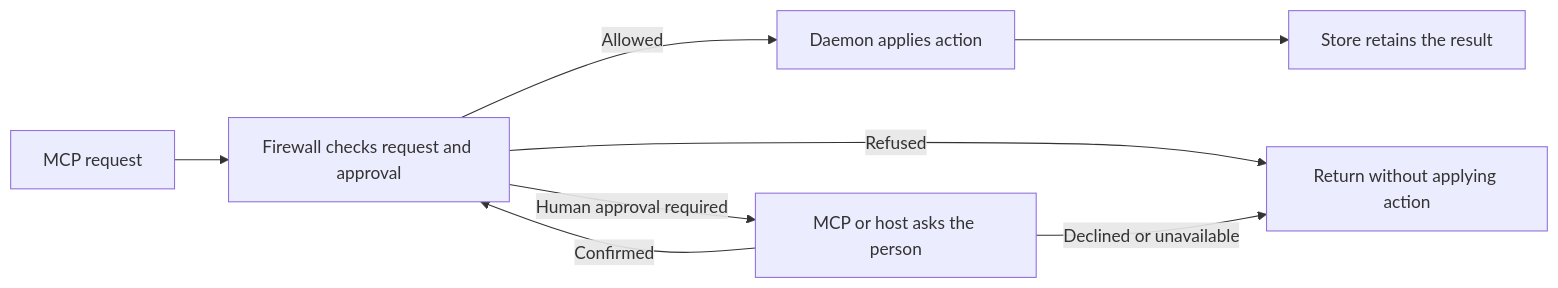
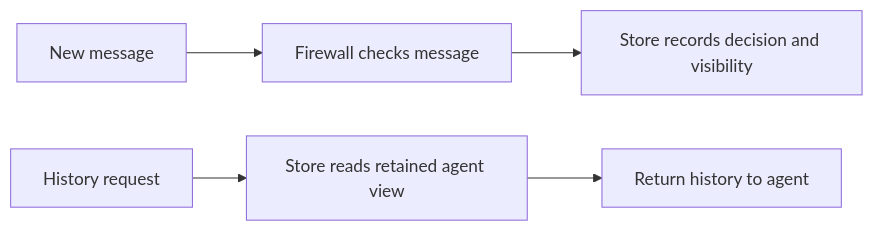
One commit to social-harness/moltzap changed the first of 4 diagrams in packages/social-harness/src/daemon/README.md. Above: the diagram before and after it, drawn with Mermaid. The commit also changed other lines of this file and 5 other files, not shown here.

Commit message:
docs: keep history visibility and reads with the store

````diff
--- a/packages/social-harness/src/daemon/README.md
+++ b/packages/social-harness/src/daemon/README.md
@@ -30,10 +30,7 @@
 ```mermaid
 flowchart LR
-  A[MCP request] --> B[Firewall checks request and approval]
-  B -->|Allowed| C[Daemon applies action]
-  B -->|Refused| D[Return without applying action]
-  B -->|Human approval required| E[MCP or host asks the person]
-  E -->|Confirmed| B
-  E -->|Declined or unavailable| D
-  C --> F[Store retains the result]
+  A[New message] --> B[Firewall checks message]
+  B --> C[Store records decision and visibility]
+  D[History request] --> E[Store reads retained agent view]
+  E --> F[Return history to agent]
 ```
````
